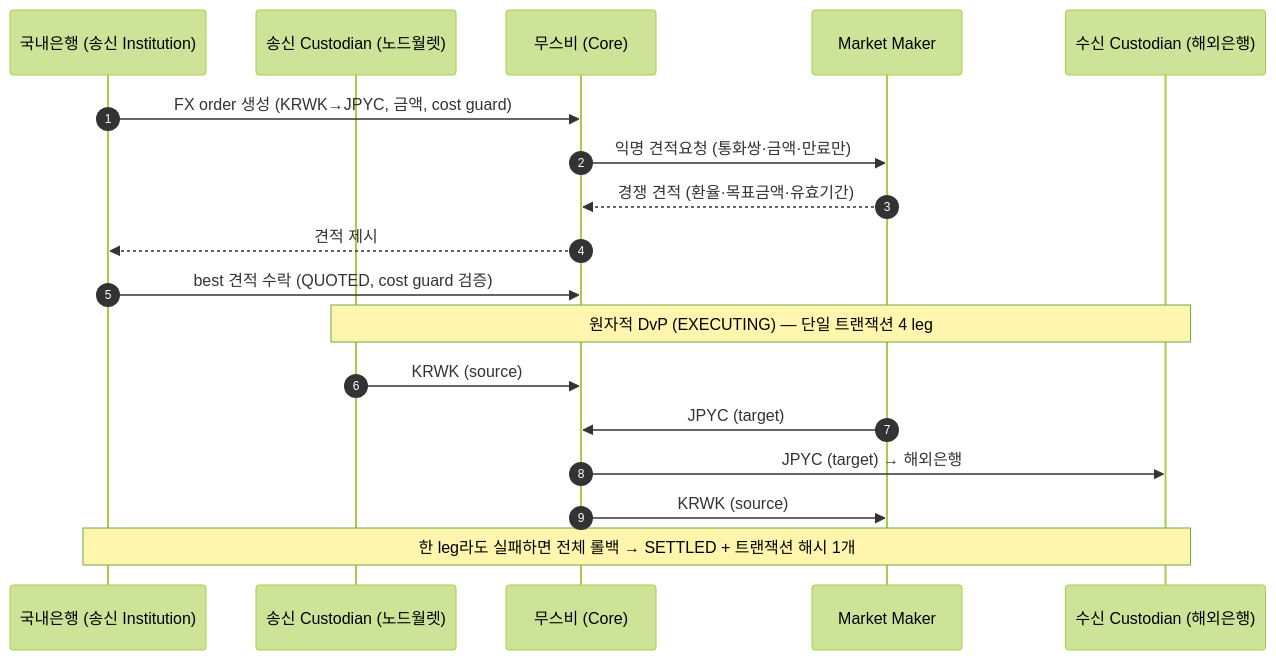
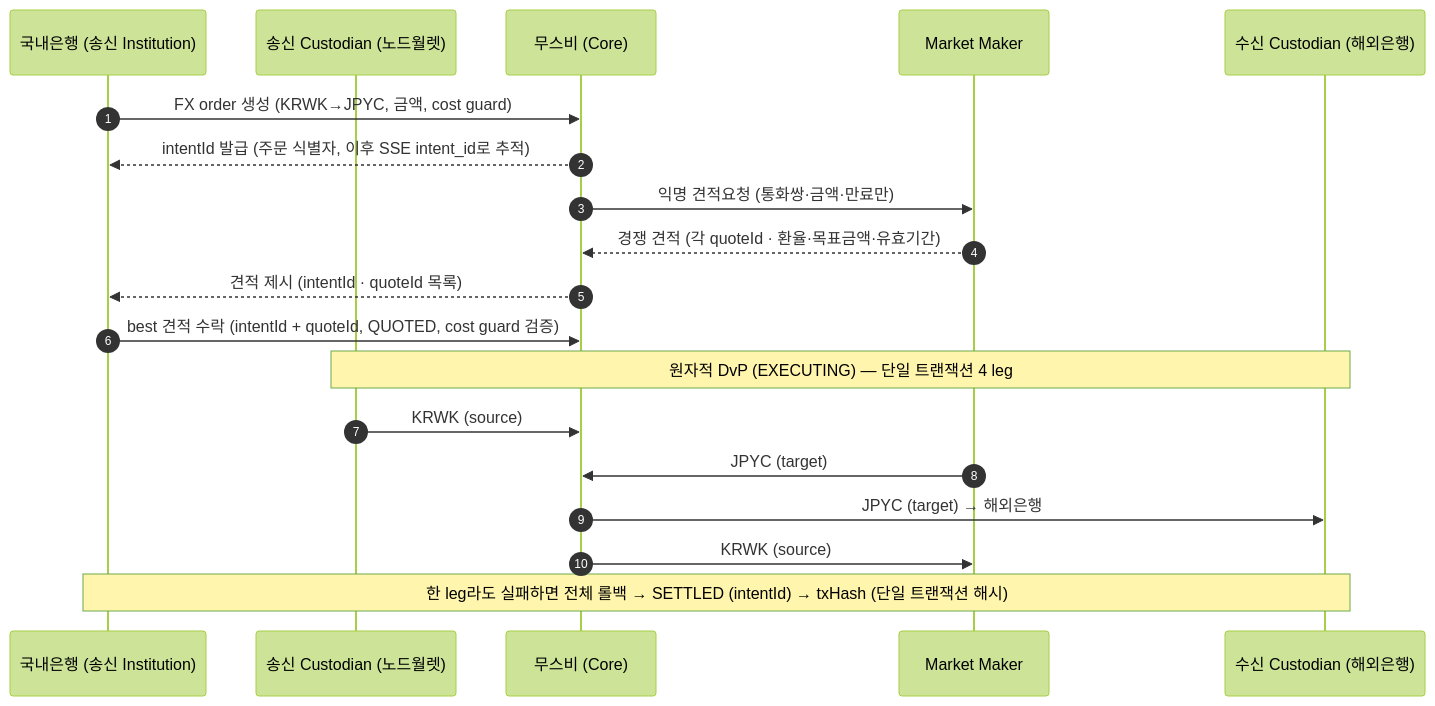
The diagram in dev/docs/poc/architecture.md (eunsujeo/canton-docs), drawn with Mermaid (forest theme) before and after one commit. The commit also changed 3 other files, not shown here.

First line of the commit message:
docs(poc): 시퀀스·필드에 식별자 추가(intentId·quoteId·txHash)

````diff
--- a/dev/docs/poc/architecture.md
+++ b/dev/docs/poc/architecture.md
@@ -57,20 +57,21 @@
 ```mermaid
 sequenceDiagram
     autonumber
     participant I as 국내은행 (송신 Institution)
     participant SC as 송신 Custodian (노드월렛)
     participant V as 무스비 (Core)
     participant MM as Market Maker
     participant RC as 수신 Custodian (해외은행)
     I->>V: FX order 생성 (KRWK→JPYC, 금액, cost guard)
+    V-->>I: intentId 발급 (주문 식별자, 이후 SSE intent_id로 추적)
     V->>MM: 익명 견적요청 (통화쌍·금액·만료만)
-    MM-->>V: 경쟁 견적 (환율·목표금액·유효기간)
-    V-->>I: 견적 제시
-    I->>V: best 견적 수락 (QUOTED, cost guard 검증)
+    MM-->>V: 경쟁 견적 (각 quoteId · 환율·목표금액·유효기간)
+    V-->>I: 견적 제시 (intentId · quoteId 목록)
+    I->>V: best 견적 수락 (intentId + quoteId, QUOTED, cost guard 검증)
     Note over SC,RC: 원자적 DvP (EXECUTING) — 단일 트랜잭션 4 leg
     SC->>V: KRWK (source)
     MM->>V: JPYC (target)
     V->>RC: JPYC (target) → 해외은행
     V->>MM: KRWK (source)
-    Note over I,RC: 한 leg라도 실패하면 전체 롤백 → SETTLED + 트랜잭션 해시 1개
+    Note over I,RC: 한 leg라도 실패하면 전체 롤백 → SETTLED (intentId) → txHash (단일 트랜잭션 해시)
 ```
````
